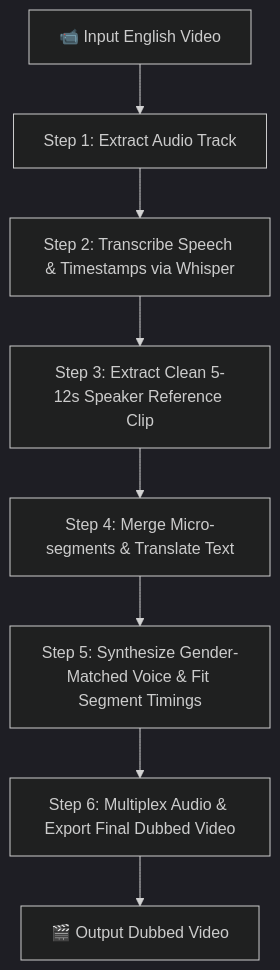
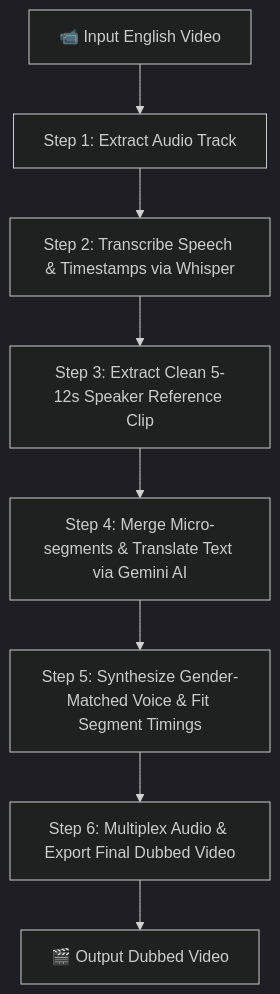
One commit to rka2005/Video-Dubbing changed the diagram in README.md. Above: the diagram before and after it, drawn with Mermaid (dark theme). The commit also changed other lines of this file, not shown here.

````diff
--- a/README.md
+++ b/README.md
@@ -44,10 +44,10 @@
 ```mermaid
 flowchart TD
     A[📹 Input English Video] --> B[Step 1: Extract Audio Track]
     B --> C[Step 2: Transcribe Speech & Timestamps via Whisper]
     C --> D[Step 3: Extract Clean 5-12s Speaker Reference Clip]
-    D --> E[Step 4: Merge Micro-segments & Translate Text]
+    D --> E[Step 4: Merge Micro-segments & Translate Text via Gemini AI]
     E --> F[Step 5: Synthesize Gender-Matched Voice & Fit Segment Timings]
     F --> G[Step 6: Multiplex Audio & Export Final Dubbed Video]
     G --> H[🎬 Output Dubbed Video]
 ```
````
